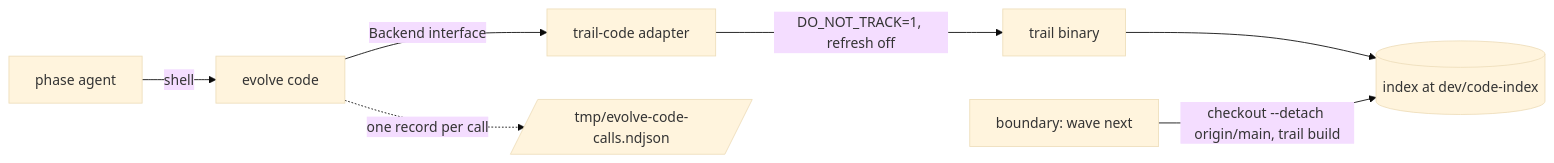
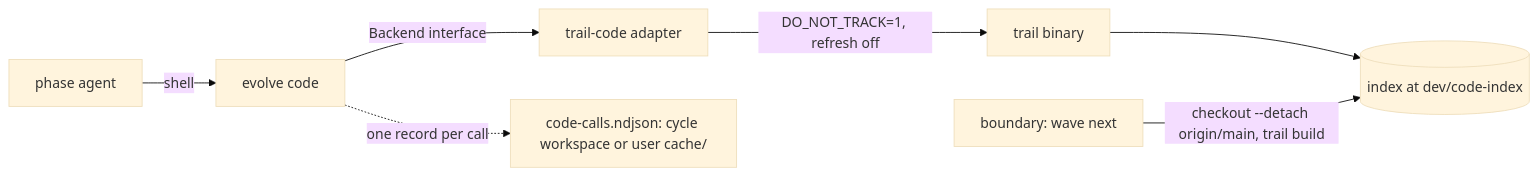
The diagram in docs/architecture/code-index-cli.md (mickeyyaya/evolve-loop), drawn with Mermaid (base theme) before and after one commit. The commit also changed other lines of this file and 15 other files, not shown here.

First line of the commit message:
feat: evolve code logs each call, and evolve code usage summarizes them (K3)

````diff
--- a/docs/architecture/code-index-cli.md
+++ b/docs/architecture/code-index-cli.md
@@ -265,9 +290,9 @@
 ```mermaid
 flowchart LR
     A[phase agent] -->|shell| B[evolve code]
     B -->|Backend interface| C[trail-code adapter]
     C -->|DO_NOT_TRACK=1, refresh off| D[trail binary]
     D --> E[(index at dev/code-index)]
-    B -.->|one record per call| F[/tmp/evolve-code-calls.ndjson/]
+    B -.->|one record per call| F[code-calls.ndjson: cycle workspace or user cache/]
     G[boundary: wave next] -->|checkout --detach origin/main, trail build| E
 ```
````
